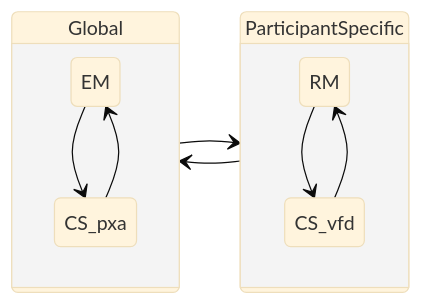
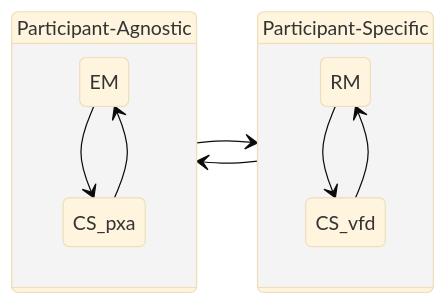
Before and after one commit to CERTCC/Vultron: the diagram in docs/topics/process_models/model_interactions/index.md, drawn with Mermaid (base theme). The commit also changed other lines of this file and 1 other file, not shown here.

First line of the commit message:
s/global/participant-agnostic/

````diff
--- a/docs/topics/process_models/model_interactions/index.md
+++ b/docs/topics/process_models/model_interactions/index.md
@@ -16,18 +24,20 @@
 ```mermaid
 stateDiagram-v2
     direction LR
-    state Global {
+    PA: Participant-Agnostic
+    state PA {
         EM
         CS_pxa
         EM --> CS_pxa
         CS_pxa --> EM
     }
-    state ParticipantSpecific {
+    PS: Participant-Specific
+    state PS {
         RM
         CS_vfd
         RM --> CS_vfd
         CS_vfd --> RM
     }
-    Global --> ParticipantSpecific 
-    ParticipantSpecific --> Global
+    PA --> PS
+    PS --> PA   
 ```
````
